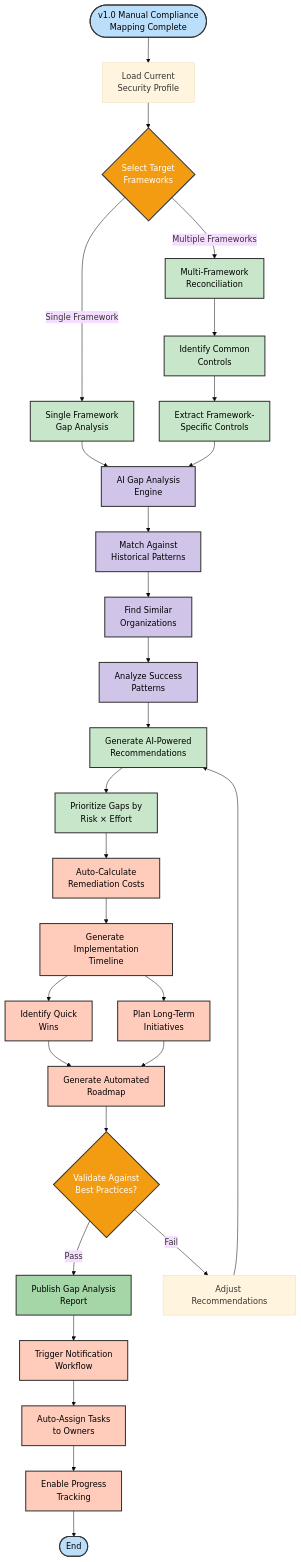
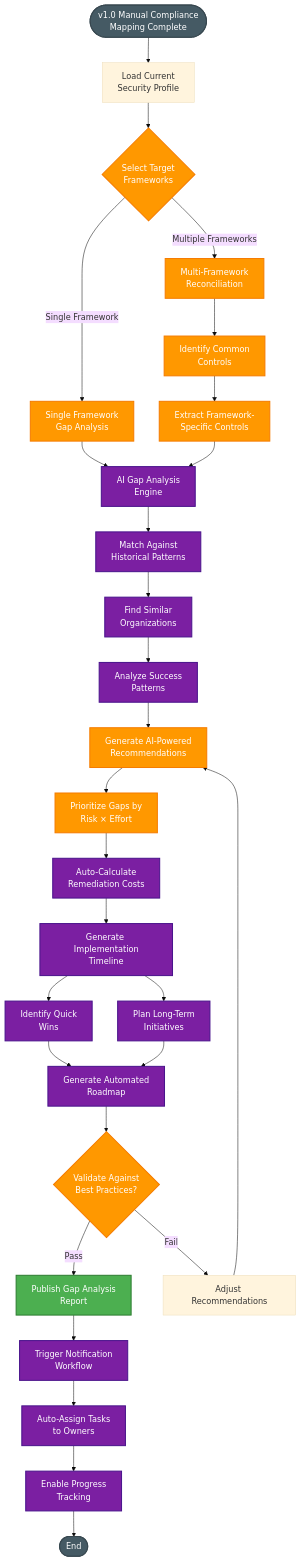
The eighth of 15 diagrams in docs/architecture/FUTURE_FLOWCHART.md (Hack23/cia-compliance-manager), drawn with Mermaid (base theme) before and after one commit. The commit also changed other lines of this file and 18 other files, not shown here.

First line of the commit message:
style: update all classDef colors to ISMS style guide palette and fix quadrant charts

````diff
--- a/docs/architecture/FUTURE_FLOWCHART.md
+++ b/docs/architecture/FUTURE_FLOWCHART.md
@@ -572,56 +572,56 @@
 ```mermaid
 flowchart TD
     Start([v1.0 Manual Compliance<br>Mapping Complete]) --> LoadProfile[Load Current<br>Security Profile]
     
     LoadProfile --> SelectFrameworks{Select Target<br>Frameworks}
     
     SelectFrameworks -->|Single Framework| SingleAnalysis[Single Framework<br>Gap Analysis]
     SelectFrameworks -->|Multiple Frameworks| MultiAnalysis[Multi-Framework<br>Reconciliation]
     
     SingleAnalysis --> AIEngine[AI Gap Analysis<br>Engine]
     MultiAnalysis --> CommonControls[Identify Common<br>Controls]
     CommonControls --> FrameworkSpecific[Extract Framework-<br>Specific Controls]
     FrameworkSpecific --> AIEngine
     
     AIEngine --> HistoricalMatch[Match Against<br>Historical Patterns]
     HistoricalMatch --> SimilarOrgs[Find Similar<br>Organizations]
     SimilarOrgs --> SuccessAnalysis[Analyze Success<br>Patterns]
     
     SuccessAnalysis --> GenerateRecs[Generate AI-Powered<br>Recommendations]
     GenerateRecs --> PrioritizeGaps[Prioritize Gaps by<br>Risk × Effort]
     
     PrioritizeGaps --> CostEstimate[Auto-Calculate<br>Remediation Costs]
     CostEstimate --> TimelineGen[Generate Implementation<br>Timeline]
     
     TimelineGen --> QuickWins[Identify Quick<br>Wins]
     TimelineGen --> LongTerm[Plan Long-Term<br>Initiatives]
     
     QuickWins --> RoadmapGen[Generate Automated<br>Roadmap]
     LongTerm --> RoadmapGen
     
     RoadmapGen --> ValidationCheck{Validate Against<br>Best Practices?}
     
     ValidationCheck -->|Pass| Publish[Publish Gap Analysis<br>Report]
     ValidationCheck -->|Fail| Adjust[Adjust Recommendations]
     Adjust --> GenerateRecs
     
     Publish --> NotifyStakeholders[Trigger Notification<br>Workflow]
     NotifyStakeholders --> AssignTasks[Auto-Assign Tasks<br>to Owners]
     
     AssignTasks --> TrackProgress[Enable Progress<br>Tracking]
     TrackProgress --> End([End])
     
-    classDef baseline fill:#bbdefb,stroke:#333,stroke-width:2px,color:black
-    classDef ai fill:#d1c4e9,stroke:#333,stroke-width:2px,color:black
-    classDef analysis fill:#c8e6c9,stroke:#333,stroke-width:2px,color:black
-    classDef automation fill:#ffccbc,stroke:#333,stroke-width:2px,color:black
-    classDef decision fill:#f39c12,stroke:#333,stroke-width:2px,color:white
-    classDef output fill:#a5d6a7,stroke:#333,stroke-width:2px,color:black
+    classDef baseline fill:#455A64,stroke:#37474F,stroke-width:2px,color:#ffffff
+    classDef ai fill:#7B1FA2,stroke:#4A148C,stroke-width:2px,color:#ffffff
+    classDef analysis fill:#FF9800,stroke:#F57C00,stroke-width:2px,color:#ffffff
+    classDef automation fill:#7B1FA2,stroke:#4A148C,stroke-width:2px,color:#ffffff
+    classDef decision fill:#FF9800,stroke:#F57C00,stroke-width:2px,color:#ffffff
+    classDef output fill:#4CAF50,stroke:#2E7D32,stroke-width:2px,color:#ffffff
     
     class Start,End baseline
     class AIEngine,HistoricalMatch,SimilarOrgs,SuccessAnalysis ai
     class SingleAnalysis,MultiAnalysis,CommonControls,FrameworkSpecific,GenerateRecs,PrioritizeGaps analysis
     class CostEstimate,TimelineGen,QuickWins,LongTerm,RoadmapGen,NotifyStakeholders,AssignTasks,TrackProgress automation
     class SelectFrameworks,ValidationCheck decision
     class Publish output
 ```
````
